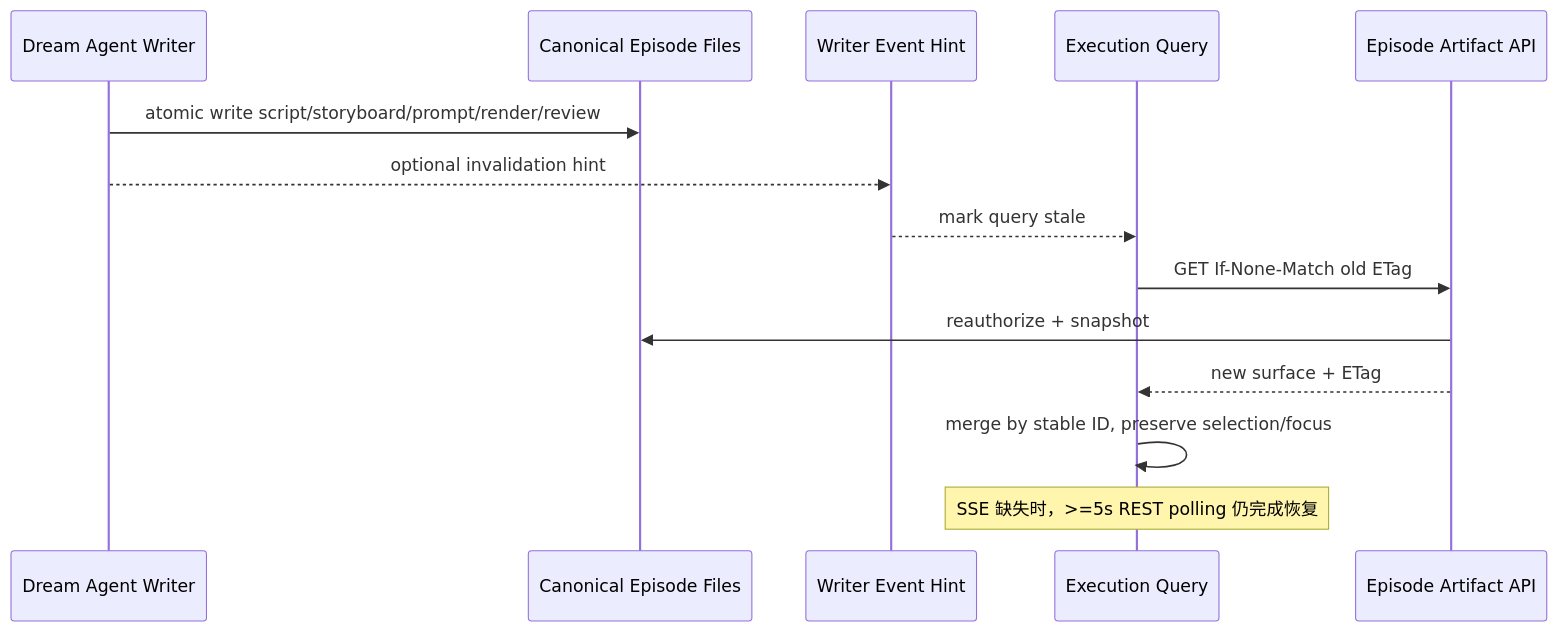
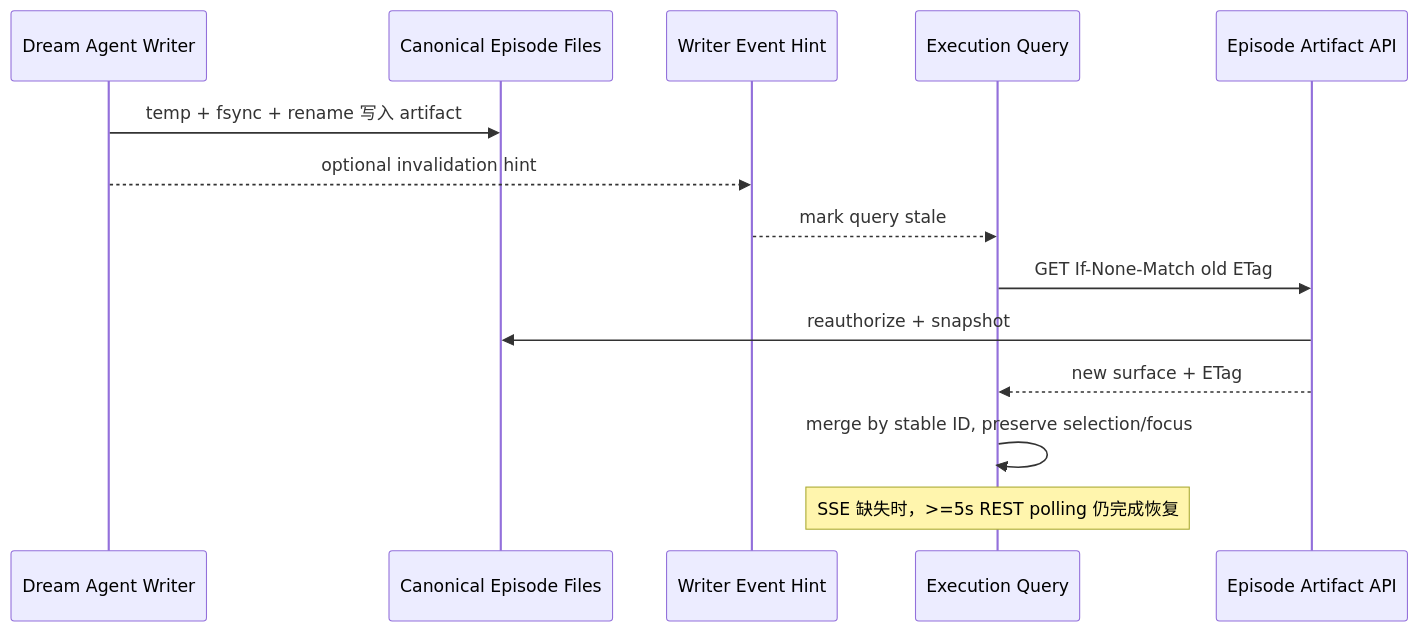
The sixth of 9 diagrams in docs/design/story-workspace/design_009_drama-forge-first-episode-storyline-storyboard-workbench.md (glide-the/im-dream), drawn with Mermaid before and after one commit. The commit also changed other lines of this file and 3 other files, not shown here.

````diff
--- a/docs/design/story-workspace/design_009_drama-forge-first-episode-storyline-storyboard-workbench.md
+++ b/docs/design/story-workspace/design_009_drama-forge-first-episode-storyline-storyboard-workbench.md
@@ -476,16 +565,16 @@
 ```mermaid
 sequenceDiagram
     participant A as Dream Agent Writer
     participant FS as Canonical Episode Files
     participant SSE as Writer Event Hint
     participant UI as Execution Query
     participant API as Episode Artifact API
-    A->>FS: atomic write script/storyboard/prompt/render/review
+    A->>FS: temp + fsync + rename 写入 artifact
     A-->>SSE: optional invalidation hint
     SSE-->>UI: mark query stale
     UI->>API: GET If-None-Match old ETag
     API->>FS: reauthorize + snapshot
     API-->>UI: new surface + ETag
     UI->>UI: merge by stable ID, preserve selection/focus
     Note over UI: SSE 缺失时，>=5s REST polling 仍完成恢复
 ```
````
